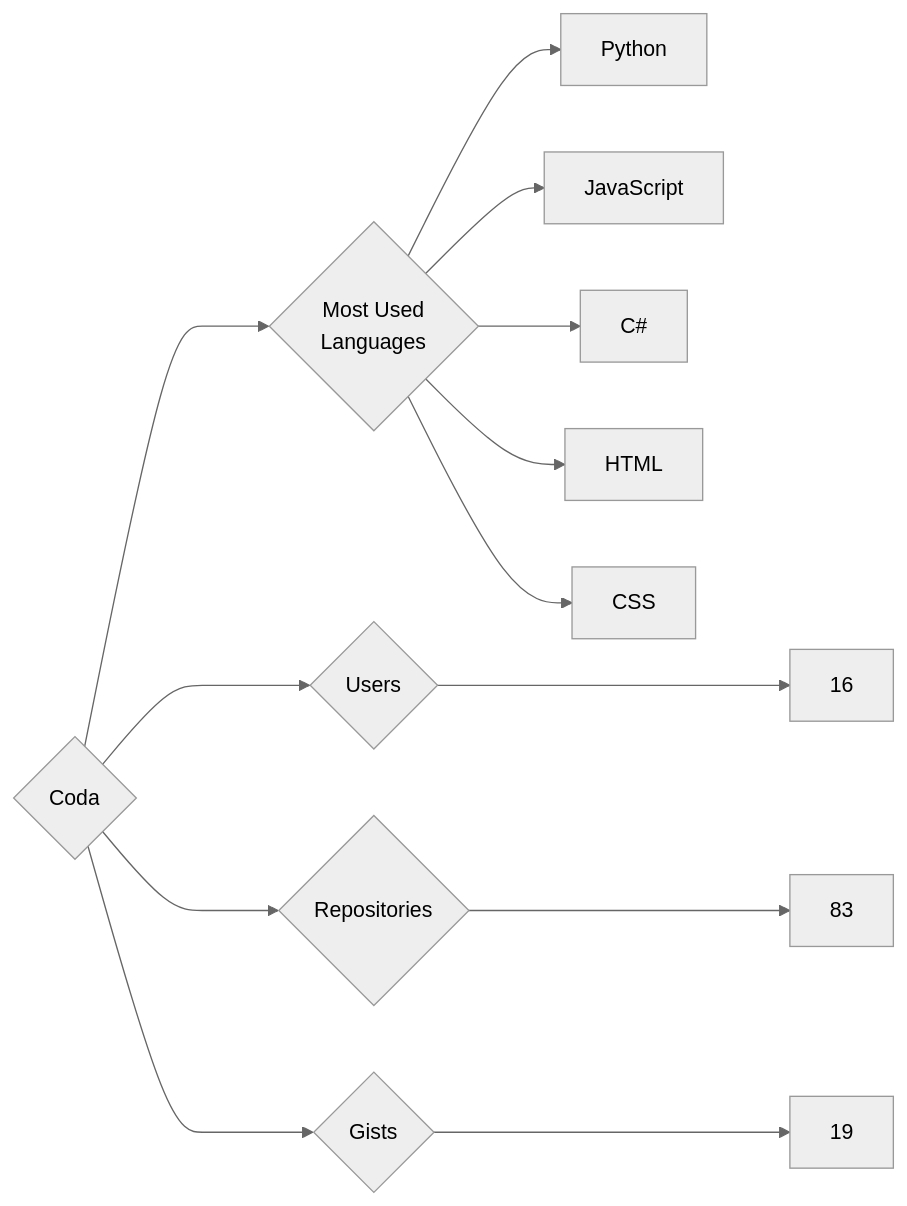
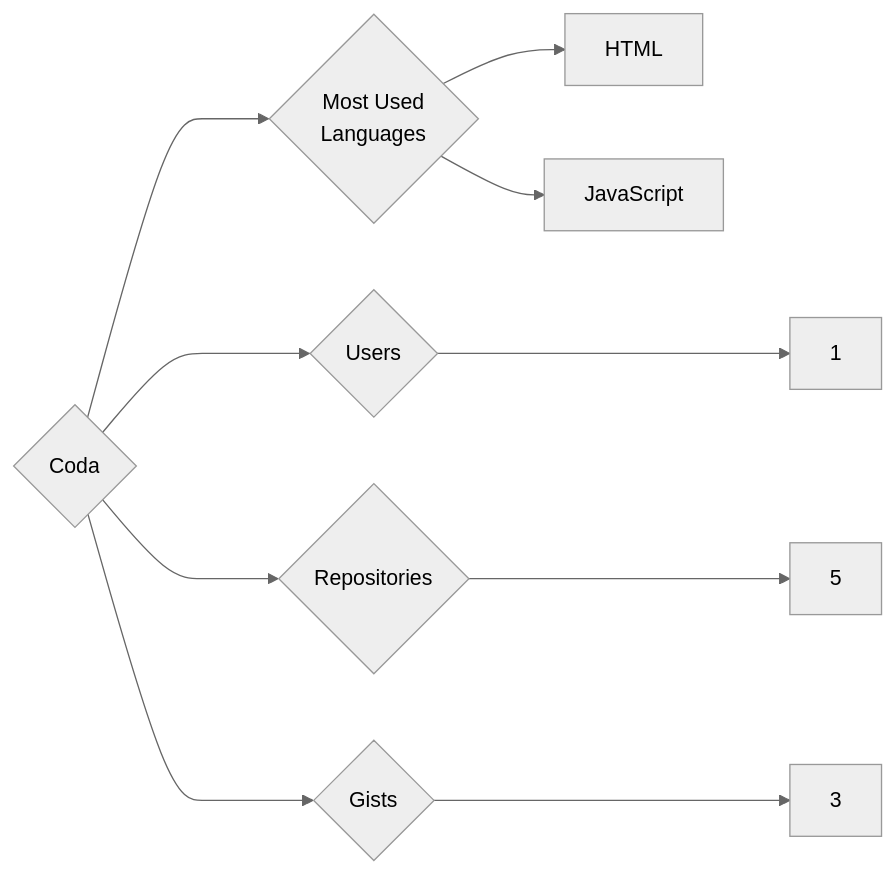
One commit to trickest/insiders changed the diagram in targets/Coda/README.md. Above: the diagram before and after it, drawn with Mermaid (neutral theme). The commit also changed 932 other files, not shown here.

````diff
--- a/targets/Coda/README.md
+++ b/targets/Coda/README.md
@@ -3,13 +3,10 @@
 ```mermaid
 graph LR
 COMPANY_NAME{Coda}
-COMPANY_NAME ---> U{Users} ---> UN[16]
-COMPANY_NAME ---> R{Repositories} ---> RN[83]
-COMPANY_NAME ---> G{Gists} ---> GN[19]
+COMPANY_NAME ---> U{Users} ---> UN[1]
+COMPANY_NAME ---> R{Repositories} ---> RN[5]
+COMPANY_NAME ---> G{Gists} ---> GN[3]
 COMPANY_NAME ---> ML{Most Used<br>Languages}
-ML --> Python[Python]
+ML --> HTML[HTML]
 ML --> JavaScript[JavaScript]
-ML --> C#[C#]
-ML --> HTML[HTML]
-ML --> CSS[CSS]
 ```
````
